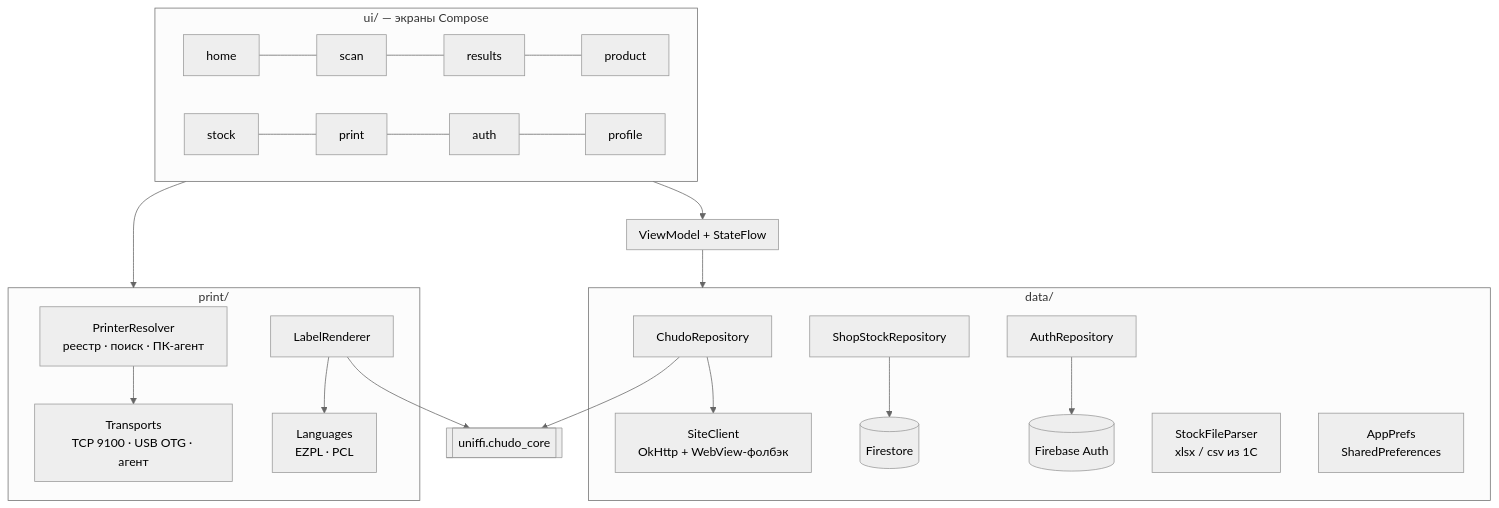
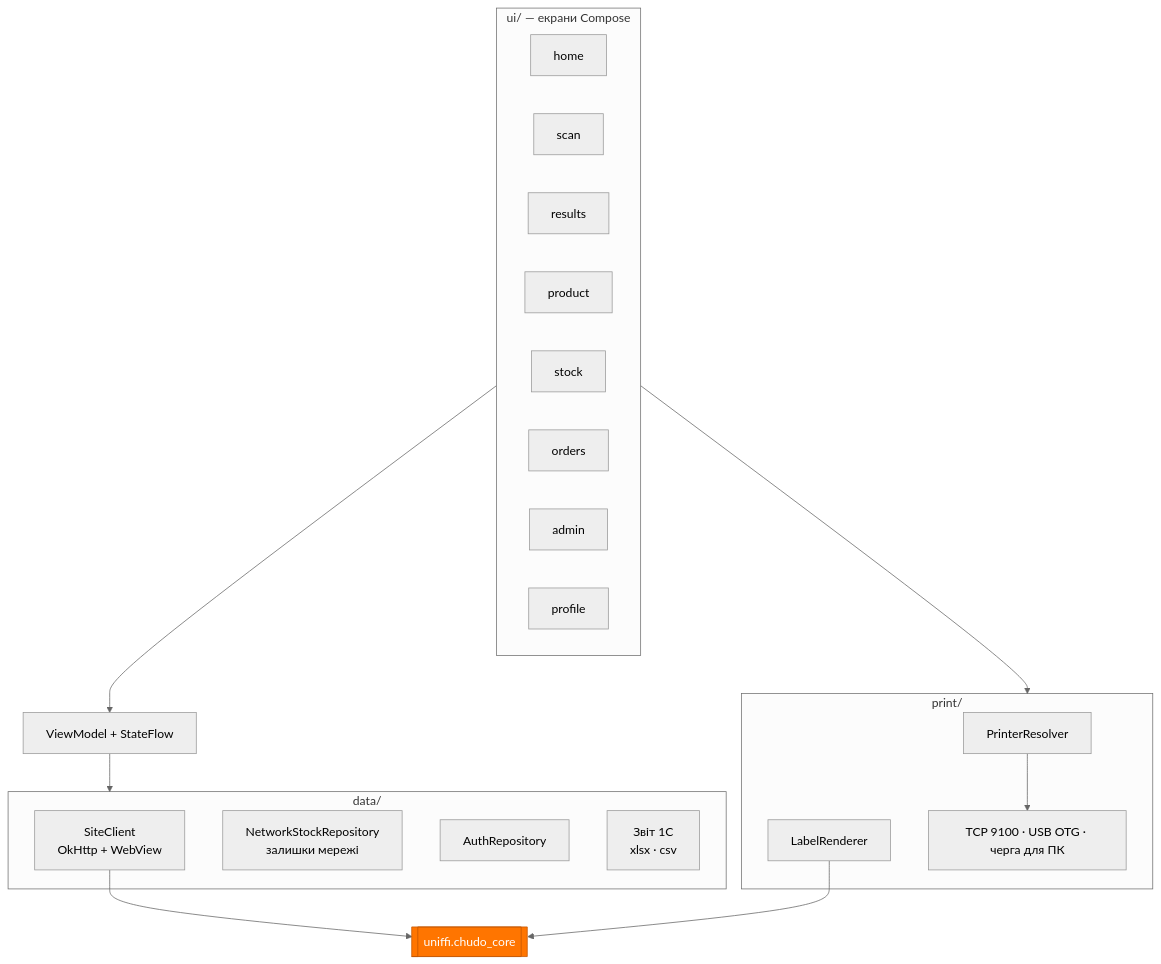
One commit to Nikifor3663636/chudoskan changed the third of 10 diagrams in ARCHITECTURE.md. Above: the diagram before and after it, drawn with Mermaid (neutral theme). The commit also changed other lines of this file and 1 other file, not shown here.

First line of the commit message:
README і ARCHITECTURE: новий вигляд, діаграми, актуальний стан 3.0

````diff
--- a/ARCHITECTURE.md
+++ b/ARCHITECTURE.md
@@ -125,24 +115,34 @@
 ```mermaid
 flowchart TB
-    subgraph UI[ui/ — экраны Compose]
-        home[home] --- scan[scan] --- results[results] --- product[product]
-        stock[stock] --- print[print] --- auth[auth] --- profile[profile]
+    subgraph ui["ui/ — екрани Compose"]
+        direction LR
+        home["home"]
+        scan["scan"]
+        results["results"]
+        product["product"]
+        stock["stock"]
+        orders["orders"]
+        admin["admin"]
+        profile["profile"]
     end
-    subgraph VM[ViewModel + StateFlow]
+    vm["ViewModel + StateFlow"]
+    subgraph data["data/"]
+        site["SiteClient<br/>OkHttp + WebView"]
+        net["NetworkStockRepository<br/>залишки мережі"]
+        auth["AuthRepository"]
+        parser["Звіт 1С<br/>xlsx · csv"]
     end
-    subgraph Data[data/]
-        repo[ChudoRepository] --> site[SiteClient<br/>OkHttp + WebView-фолбэк]
-        stockRepo[ShopStockRepository] --> fs[(Firestore)]
-        authRepo[AuthRepository] --> fa[(Firebase Auth)]
-        parser[StockFileParser<br/>xlsx / csv из 1С]
-        prefs[AppPrefs<br/>SharedPreferences]
+    subgraph print["print/"]
+        resolver["PrinterResolver"]
+        render["LabelRenderer"]
+        tr["TCP 9100 · USB OTG · черга для ПК"]
     end
-    subgraph Print[print/]
-        resolver[PrinterResolver<br/>реестр · поиск · ПК-агент] --> tr[Transports<br/>TCP 9100 · USB OTG · агент]
-        render[LabelRenderer] --> lang[Languages<br/>EZPL · PCL]
-    end
-    UI --> VM --> Data
-    UI --> Print
-    repo --> core[[uniffi.chudo_core]]
+    ui --> vm --> data
+    ui --> print
+    site --> core[["uniffi.chudo_core"]]
     render --> core
+    resolver --> tr
+
+    classDef brand fill:#FF7500,stroke:#C25500,color:#fff;
+    class core brand;
 ```
````
